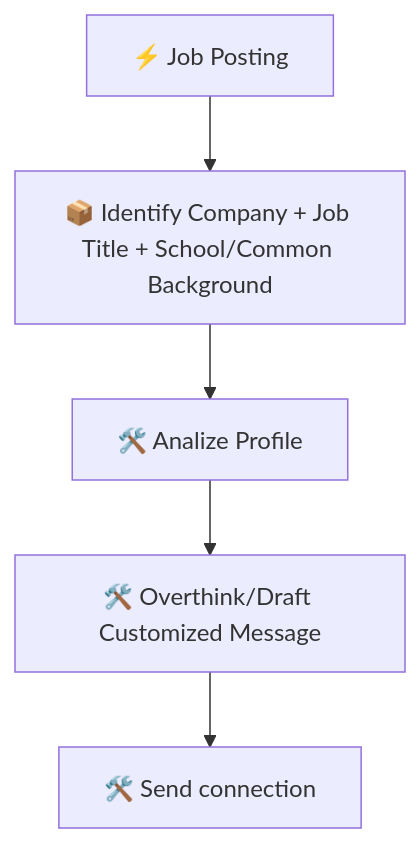
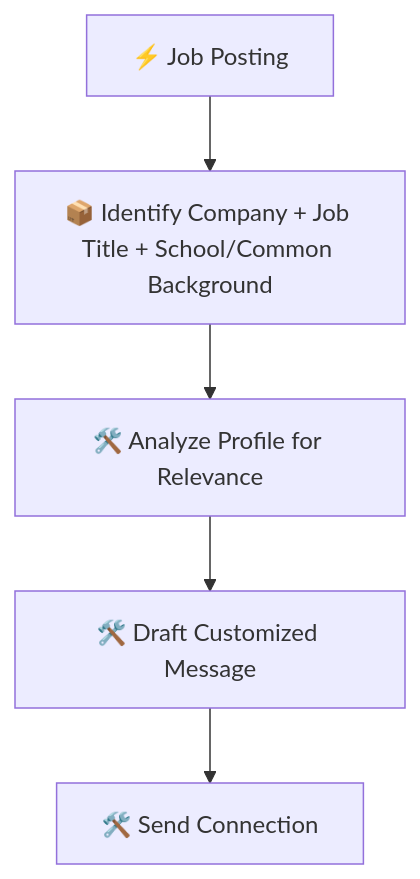
The diagram in milestone-1/pdd.md (msacouto-ffld/data6900-group-project), drawn with Mermaid before and after one commit. The commit also changed other lines of this file, not shown here.

````diff
--- a/milestone-1/pdd.md
+++ b/milestone-1/pdd.md
@@ -15,9 +18,7 @@
 ```mermaid
 flowchart TD
-    %% AS-IS LinkedIn Lead Generation Workflow
-
     A[⚡ Job Posting] --> B[📦 Identify Company + Job Title + School/Common Background]
-    B --> C[🛠️ Analize Profile]
-    C --> D[🛠️ Overthink/Draft Customized Message]
-    D --> F[🛠️ Send connection]
+    B --> C[🛠️ Analyze Profile for Relevance]
+    C --> D[🛠️ Draft Customized Message]
+    D --> F[🛠️ Send Connection]
 ```
````
